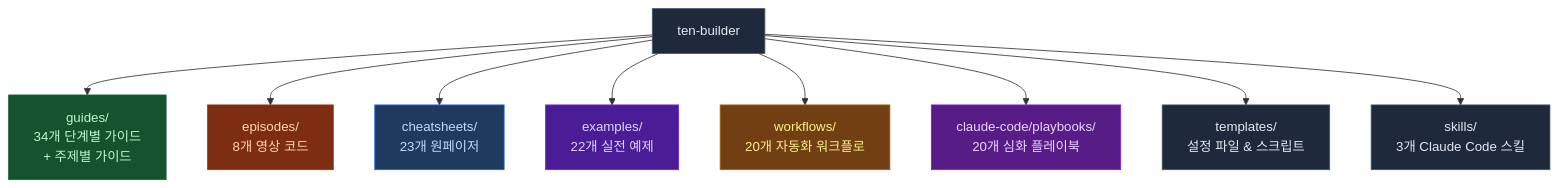
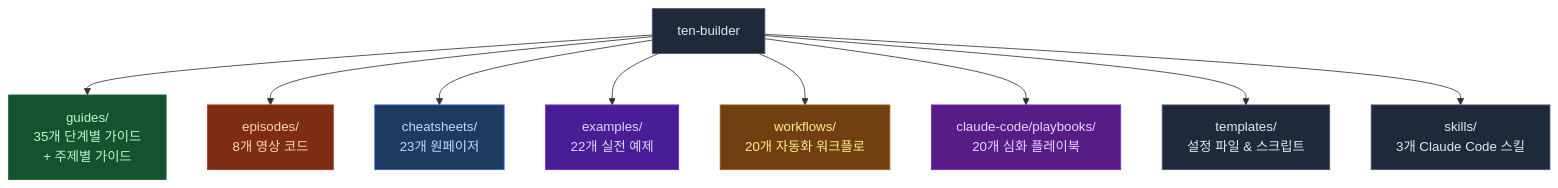
Before and after one commit to ten-builder/ten-builder: the first of 2 diagrams in README.md, drawn with Mermaid. The commit also changed other lines of this file, not shown here.

````diff
--- a/README.md
+++ b/README.md
@@ -23,21 +23,21 @@
 ```mermaid
 flowchart TD
-    R["ten-builder"] --> G["guides/\n34개 단계별 가이드\n+ 주제별 가이드"]
+    R["ten-builder"] --> G["guides/\n35개 단계별 가이드\n+ 주제별 가이드"]
     R --> E["episodes/\n8개 영상 코드"]
     R --> C["cheatsheets/\n23개 원페이저"]
     R --> EX["examples/\n22개 실전 예제"]
     R --> W["workflows/\n20개 자동화 워크플로"]
     R --> P["claude-code/playbooks/\n20개 심화 플레이북"]
     R --> T["templates/\n설정 파일 & 스크립트"]
     R --> S["skills/\n3개 Claude Code 스킬"]
 
     style R fill:#1e293b,stroke:#475569,color:#e2e8f0
     style G fill:#14532d,stroke:#166534,color:#bbf7d0
     style E fill:#7c2d12,stroke:#9a3412,color:#fed7aa
     style C fill:#1e3a5f,stroke:#2563eb,color:#bfdbfe
     style EX fill:#4a1d96,stroke:#6d28d9,color:#ddd6fe
     style W fill:#713f12,stroke:#a16207,color:#fef08a
     style P fill:#581c87,stroke:#7e22ce,color:#e9d5ff
     style T fill:#1e293b,stroke:#475569,color:#e2e8f0
     style S fill:#1e293b,stroke:#475569,color:#e2e8f0
 ```
````
